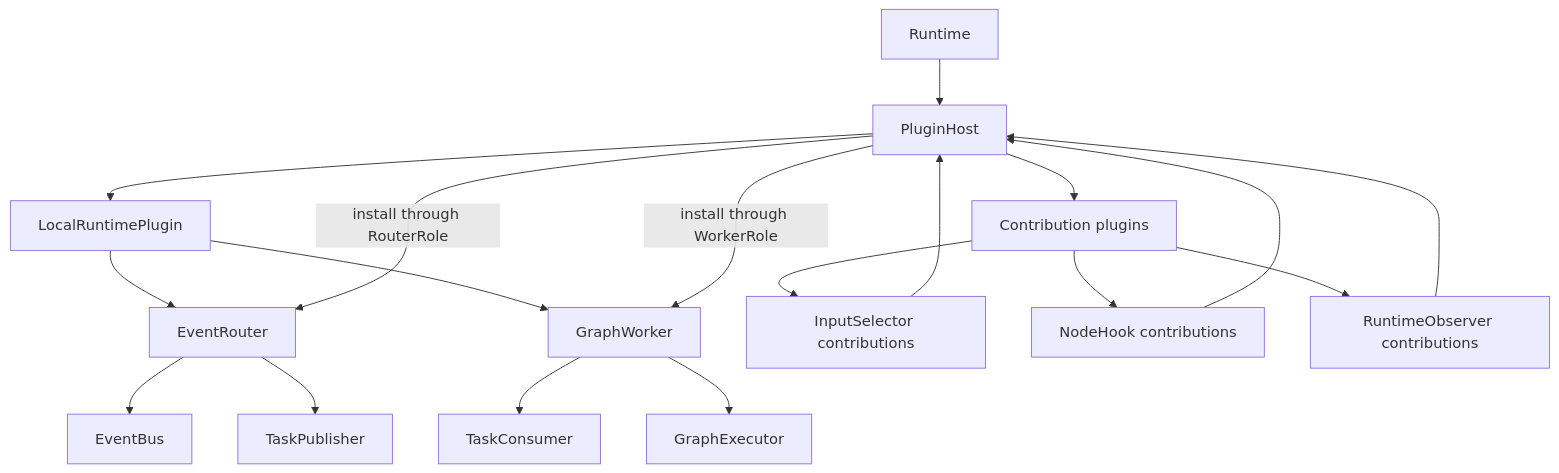
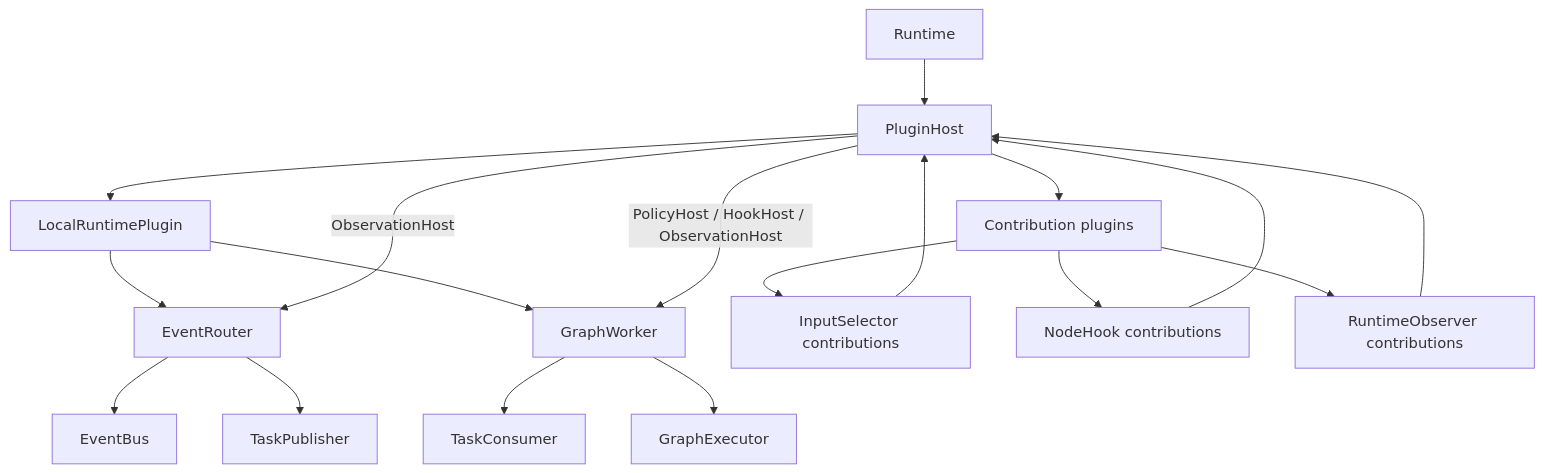
One commit to KKKKKKKEM/interlace changed the second of 5 diagrams in docs/06-runtime-architecture.md. Above: the diagram before and after it, drawn with Mermaid. The commit also changed other lines of this file and 93 other files, not shown here.

````diff
--- a/docs/06-runtime-architecture.md
+++ b/docs/06-runtime-architecture.md
@@ -100,22 +103,22 @@
 ```mermaid
 flowchart TB
     Runtime --> Host[PluginHost]
     Host --> Local[LocalRuntimePlugin]
     Host --> Contributions[Contribution plugins]
 
     Local --> Router[EventRouter]
     Local --> Worker[GraphWorker]
     Router --> Bus[EventBus]
     Router --> Publisher[TaskPublisher]
     Worker --> Consumer[TaskConsumer]
     Worker --> Executor[GraphExecutor]
 
     Contributions --> Selectors[InputSelector contributions]
     Contributions --> Hooks[NodeHook contributions]
     Contributions --> Observers[RuntimeObserver contributions]
     Selectors --> Host
     Hooks --> Host
     Observers --> Host
-    Host -->|install through WorkerRole| Worker
-    Host -->|install through RouterRole| Router
+    Host -->|PolicyHost / HookHost / ObservationHost| Worker
+    Host -->|ObservationHost| Router
 ```
````
